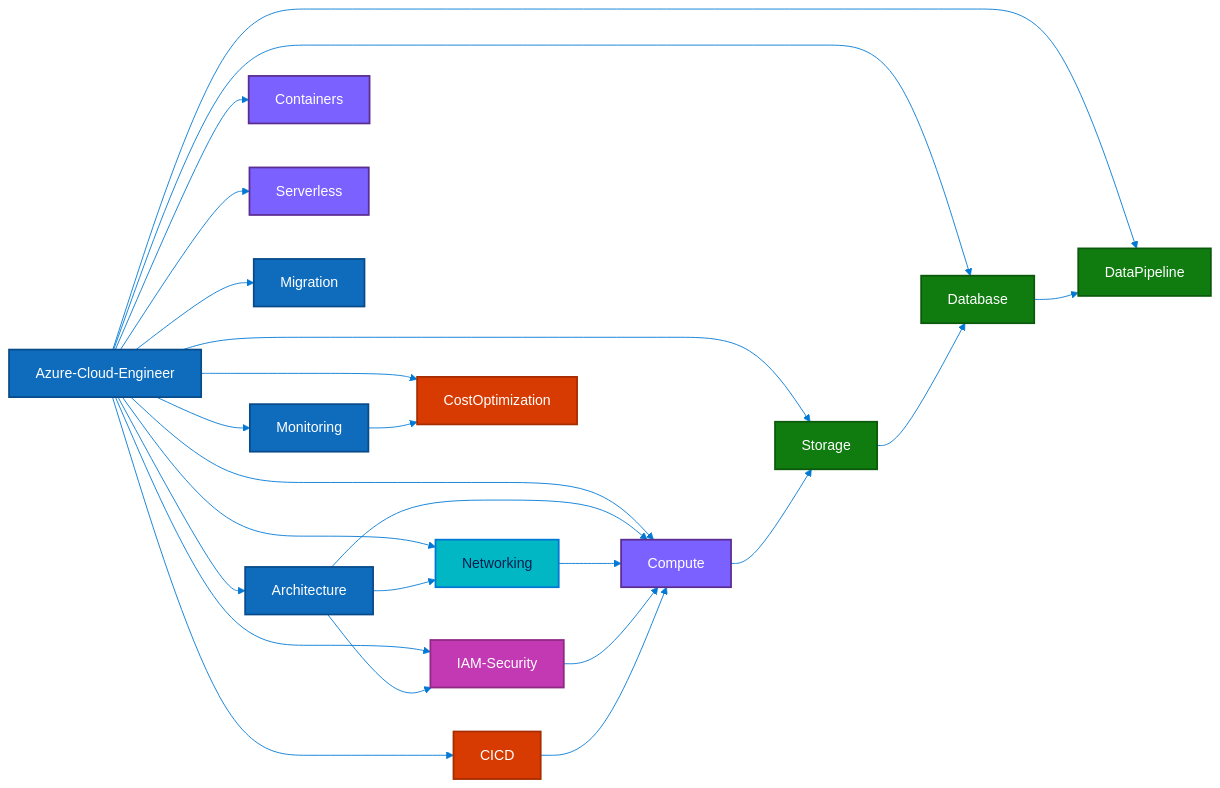
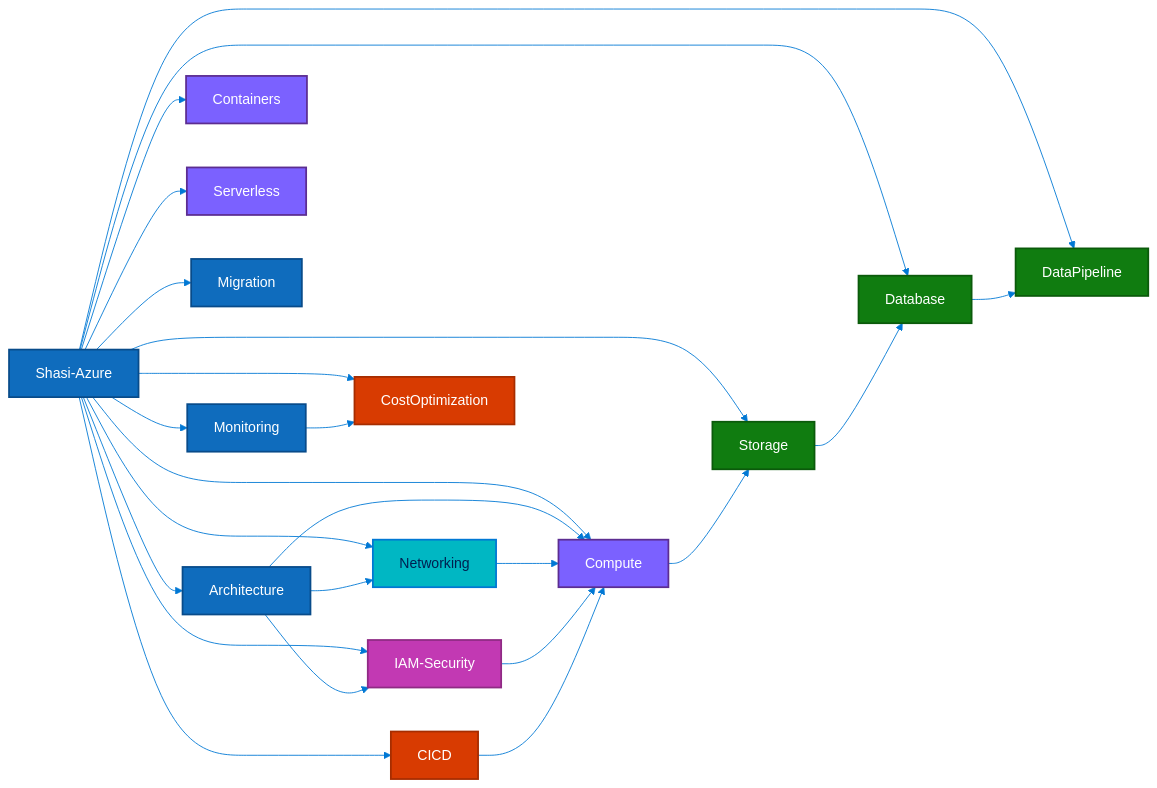
Before and after one commit to ShasidharReddy/Azure-Cloud-Engineer: the first of 2 diagrams in README.md, drawn with Mermaid. The commit also changed other lines of this file and 8 other files, not shown here.

First line of the commit message:
feat: rebrand to Shasi-Azure, add missing services & LB traffic switching guide

````diff
--- a/README.md
+++ b/README.md
@@ -32,39 +41,39 @@
 ```mermaid
 %%{init: {'theme':'base','themeVariables': {'primaryColor':'#0078D4','primaryTextColor':'#ffffff','primaryBorderColor':'#005A9E','lineColor':'#0078D4','secondaryColor':'#50E6FF','tertiaryColor':'#E6F4FF','background':'#ffffff'}}}%%
 flowchart LR
-  R[Azure-Cloud-Engineer] --> A[Architecture]
+  R[Shasi-Azure] --> A[Architecture]
   R --> CMP[Compute]
   R --> NET[Networking]
   R --> SEC[IAM-Security]
   R --> STO[Storage]
   R --> DB[Database]
   R --> MON[Monitoring]
   R --> CTR[Containers]
   R --> SRV[Serverless]
   R --> DP[DataPipeline]
   R --> MIG[Migration]
   R --> CI[CICD]
   R --> COST[CostOptimization]
   A --> NET
   A --> SEC
   A --> CMP
   NET --> CMP
   SEC --> CMP
   CMP --> STO
   STO --> DB
   DB --> DP
   MON --> COST
   CI --> CMP
   classDef core fill:#0F6CBD,stroke:#084B8A,color:#ffffff,stroke-width:2px;
   classDef compute fill:#7B61FF,stroke:#5C2D91,color:#ffffff,stroke-width:2px;
   classDef network fill:#00B7C3,stroke:#0078D4,color:#002050,stroke-width:2px;
   classDef security fill:#C239B3,stroke:#8F2A84,color:#ffffff,stroke-width:2px;
   classDef data fill:#107C10,stroke:#0B5A0B,color:#ffffff,stroke-width:2px;
   classDef devops fill:#D83B01,stroke:#A62D00,color:#ffffff,stroke-width:2px;
   class R,A,MON,MIG core;
   class CMP,CTR,SRV compute;
   class NET network;
   class SEC security;
   class STO,DB,DP data;
   class CI,COST devops;
 ```
````
